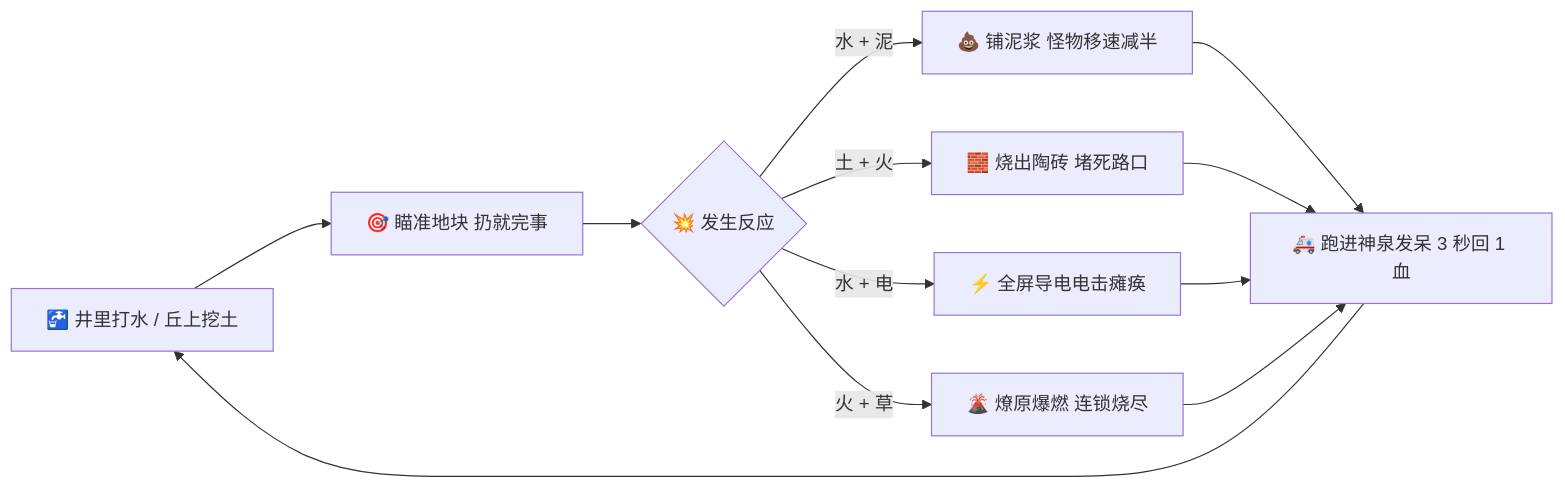
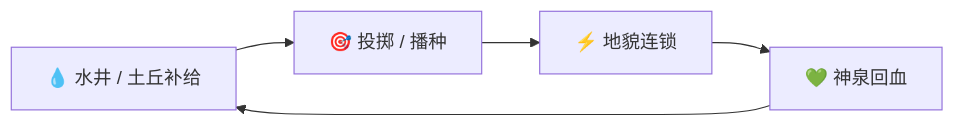
Before and after one commit to 5FYZhou/deepseaoil: the first of 2 diagrams in README.md, drawn with Mermaid. The commit also changed other lines of this file and 230 other files, not shown here.

````diff
--- a/README.md
+++ b/README.md
@@ -40,11 +26,7 @@
 ```mermaid
 flowchart LR
-    A["🚰 井里打水 / 丘上挖土"] --> B["🎯 瞄准地块 扔就完事"]
-    B --> C{"💥 发生反应"}
-    C -->|"水 + 泥"| D["💩 铺泥浆 怪物移速减半"]
-    C -->|"土 + 火"| E["🧱 烧出陶砖 堵死路口"]
-    C -->|"水 + 电"| F["⚡ 全屏导电电击瘫痪"]
-    C -->|"火 + 草"| G["🌋 燎原爆燃 连锁烧尽"]
-    D & E & F & G --> H["🚑 跑进神泉发呆 3 秒回 1 血"]
-    H --> A
+    A["💧 水井 / 土丘补给"] --> B["🎯 投掷 / 播种"]
+    B --> C["⚡ 地貌连锁"]
+    C --> D["💚 神泉回血"]
+    D --> A
 ```
````
